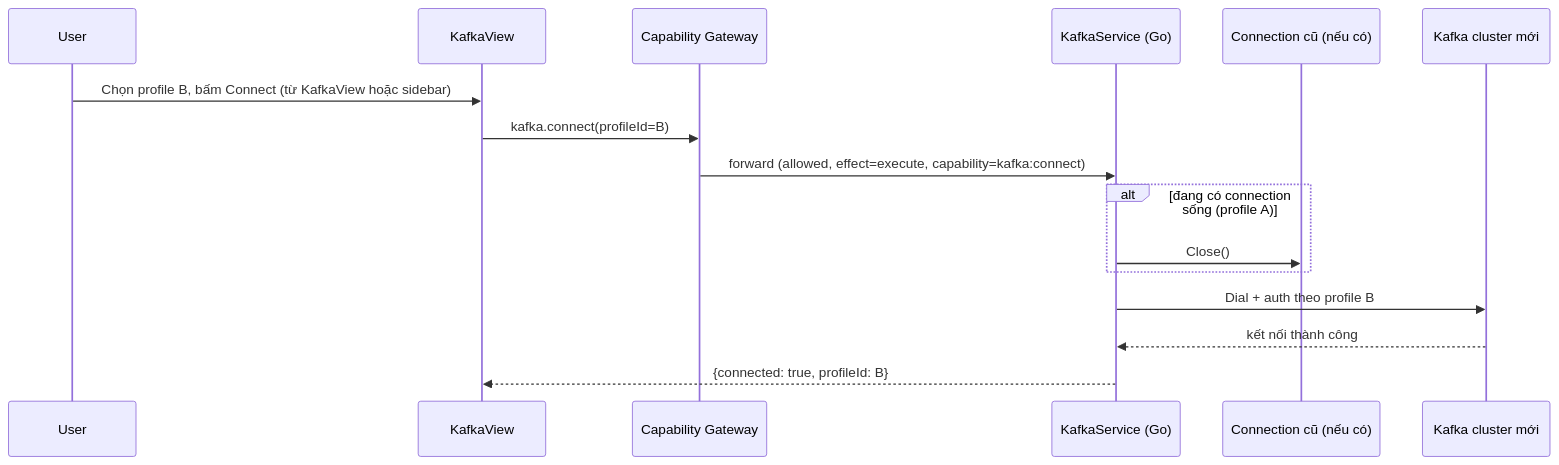
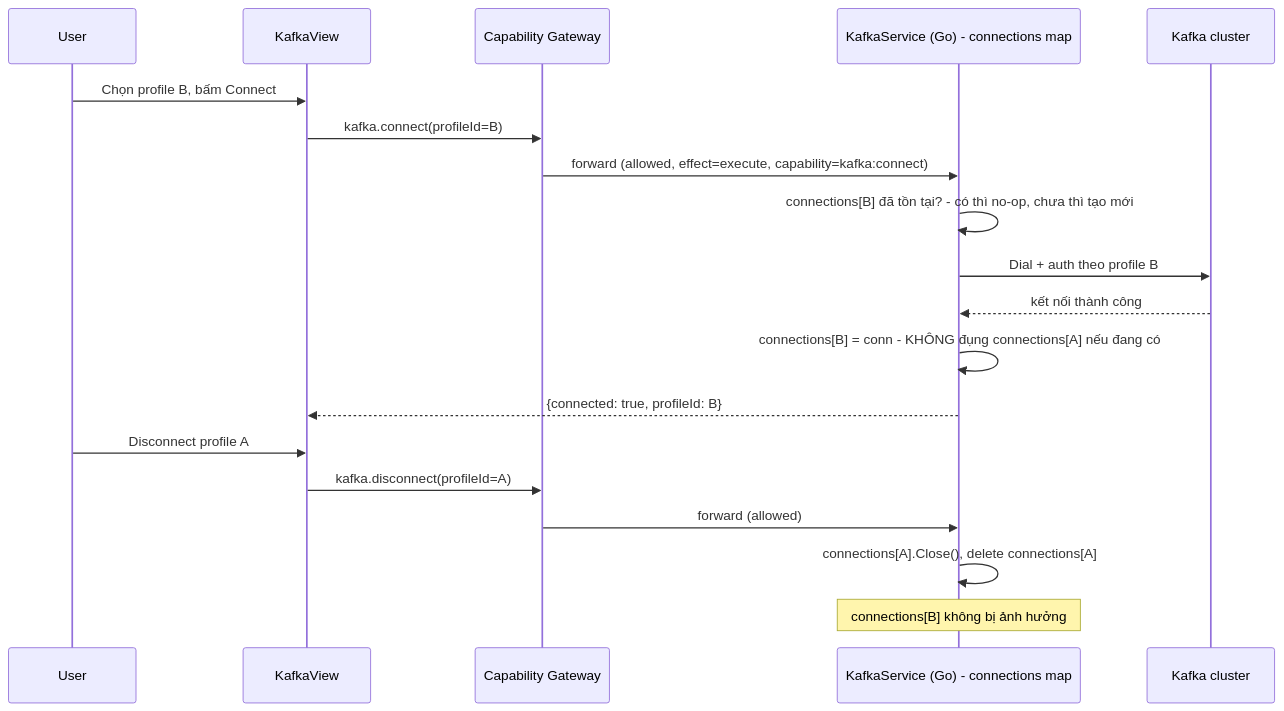
The second of 8 diagrams in content/projects/dev-kit/kafka.mdx (syurodev/base), drawn with Mermaid before and after one commit. The commit also changed other lines of this file and 6 other files, not shown here.

````diff
--- a/content/projects/dev-kit/kafka.mdx
+++ b/content/projects/dev-kit/kafka.mdx
@@ -113,19 +142,23 @@
 ```mermaid
 sequenceDiagram
   participant User
   participant UI as KafkaView
   participant GW as Capability Gateway
-  participant Svc as KafkaService (Go)
-  participant OldConn as Connection cũ (nếu có)
-  participant Broker as Kafka cluster mới
+  participant Svc as KafkaService (Go) - connections map
+  participant Broker as Kafka cluster
 
-  User->>UI: Chọn profile B, bấm Connect (từ KafkaView hoặc sidebar)
+  User->>UI: Chọn profile B, bấm Connect
   UI->>GW: kafka.connect(profileId=B)
   GW->>Svc: forward (allowed, effect=execute, capability=kafka:connect)
-  alt đang có connection sống (profile A)
-    Svc->>OldConn: Close()
-  end
+  Svc->>Svc: connections[B] đã tồn tại? - có thì no-op, chưa thì tạo mới
   Svc->>Broker: Dial + auth theo profile B
   Broker-->>Svc: kết nối thành công
+  Svc->>Svc: connections[B] = conn - KHÔNG đụng connections[A] nếu đang có
   Svc-->>UI: {connected: true, profileId: B}
+
+  User->>UI: Disconnect profile A
+  UI->>GW: kafka.disconnect(profileId=A)
+  GW->>Svc: forward (allowed)
+  Svc->>Svc: connections[A].Close(), delete connections[A]
+  Note over Svc: connections[B] không bị ảnh hưởng
 ```
````
